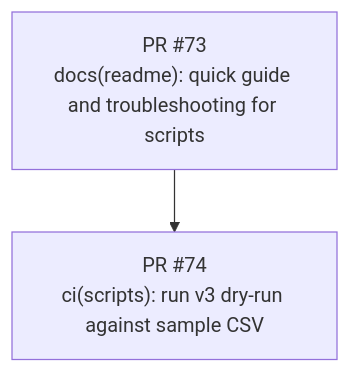
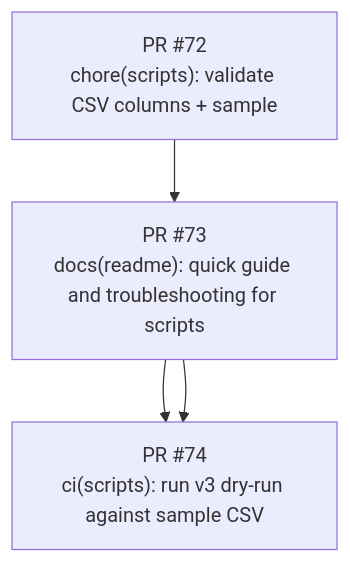
Before and after one commit to revton/car-fuel: the diagram in docs/stack-plan/STACK-PR-PLAN.md, drawn with Mermaid. The commit also changed 1 other file, not shown here.

Commit message:
Update
[ghstack-poisoned]

````diff
--- a/docs/stack-plan/STACK-PR-PLAN.md
+++ b/docs/stack-plan/STACK-PR-PLAN.md
@@ -6,8 +6,12 @@
 ```mermaid
 flowchart TD
   pr74["PR #74
 ci(scripts): run v3 dry-run against sample CSV"]
   pr73["PR #73
 docs(readme): quick guide and troubleshooting for scripts"]
   pr73 --> pr74
+  pr72["PR #72
+chore(scripts): validate CSV columns + sample"]
+  pr73 --> pr74
+  pr72 --> pr73
 ```
````
